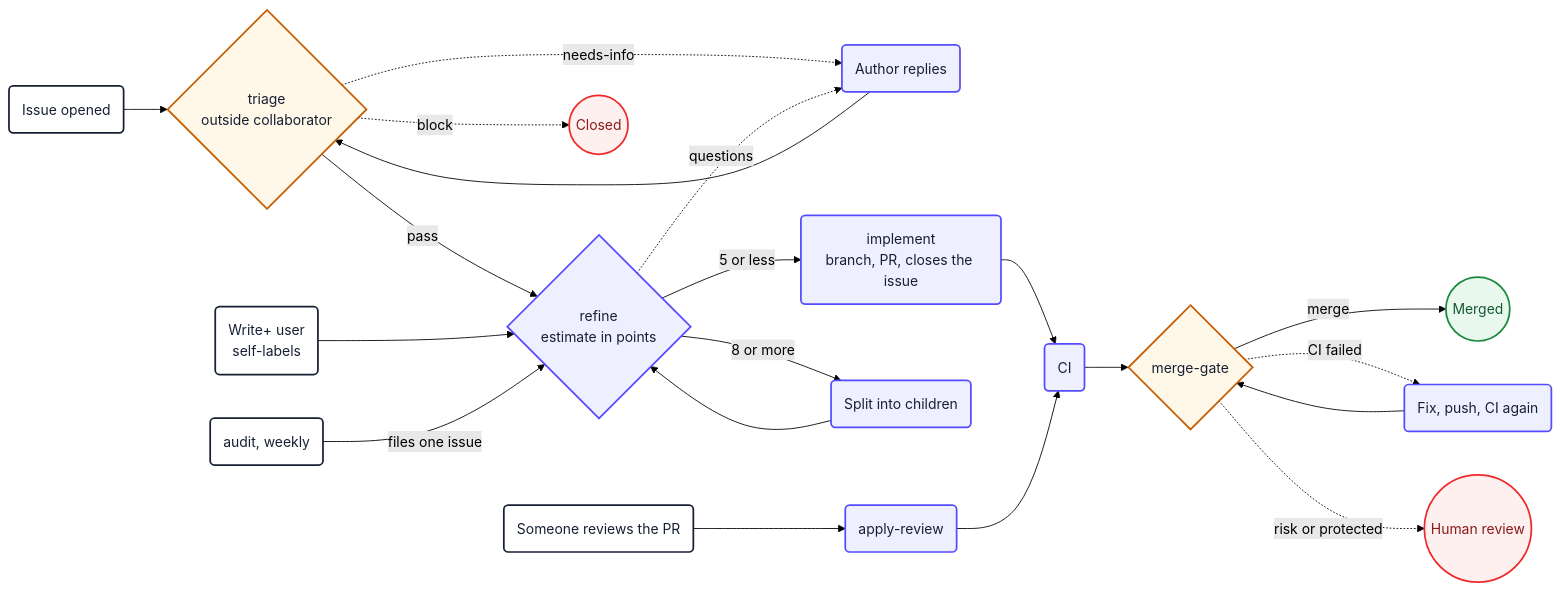
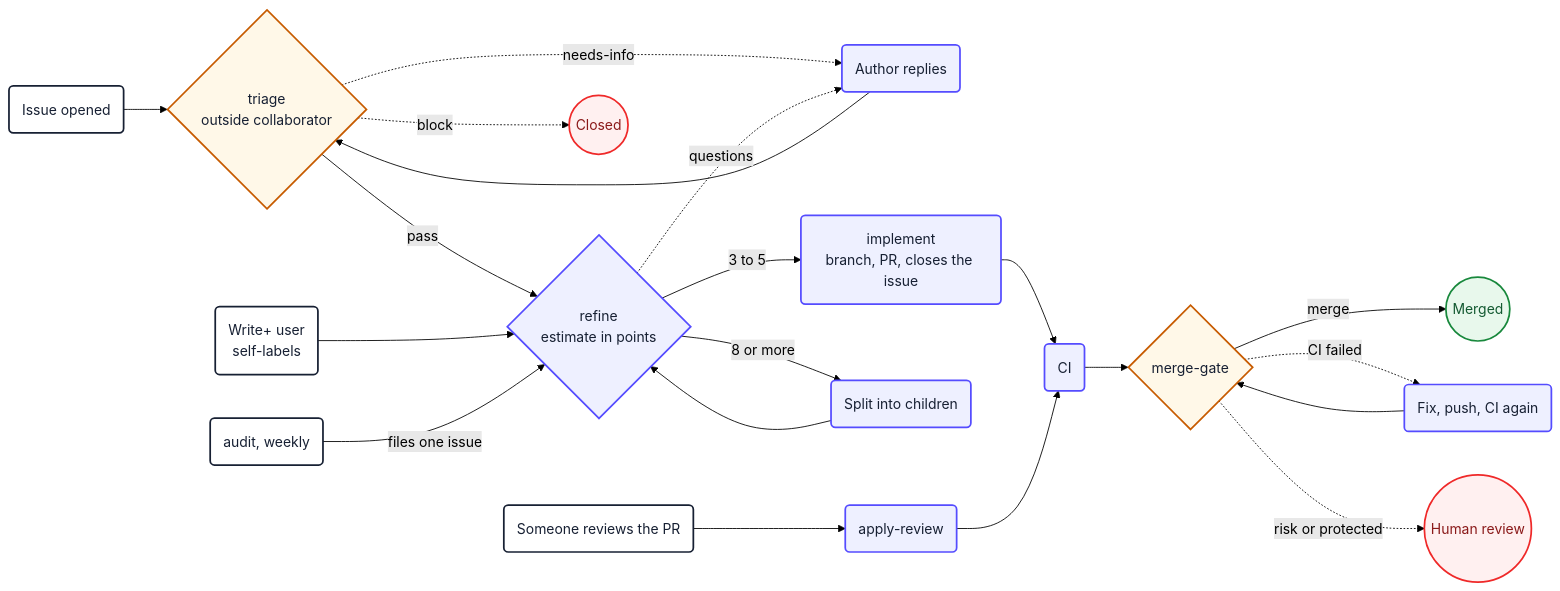
One commit to PlainConceptsPlatform/agentic-workflows changed the second of 14 diagrams in loops/docs/diagrams.md. Above: the diagram before and after it, drawn with Mermaid (forest theme). The commit also changed other lines of this file and 7 other files, not shown here.

First line of the commit message:
refine: raise the split-child floor to 3 points

````diff
--- a/loops/docs/diagrams.md
+++ b/loops/docs/diagrams.md
@@ -79,29 +79,29 @@
 ```mermaid
 flowchart LR
     open("Issue opened") --> triage
     triage{"triage<br/>outside collaborator"} -->|pass| refine
     triage -.->|block| closed(("Closed"))
     triage -.->|needs-info| author("Author replies") --> triage
     write("Write+ user<br/>self-labels") --> refine
-    refine{"refine<br/>estimate in points"} -->|"5 or less"| implement
+    refine{"refine<br/>estimate in points"} -->|"3 to 5"| implement
     refine -->|"8 or more"| split("Split into children") --> refine
     refine -.->|questions| author
     implement("implement<br/>branch, PR, closes the issue") --> ci("CI")
     ci --> gate{"merge-gate"}
     gate -->|merge| merged(("Merged"))
     gate -.->|"CI failed"| fix("Fix, push, CI again") --> gate
     gate -.->|"risk or protected"| human(("Human review"))
     review("Someone reviews the PR") --> applyReview("apply-review") --> ci
     audit("audit, weekly") -->|"files one issue"| refine
 
     classDef action fill:#eef0ff,stroke:#554cff,stroke-width:2px,color:#172033
     classDef decision fill:#fff8e8,stroke:#c75b00,stroke-width:2px,color:#172033
     classDef failure fill:#fff0f0,stroke:#ef2929,stroke-width:2px,color:#8b1a1a
     classDef success fill:#e8f8ec,stroke:#18883c,stroke-width:2px,color:#145a32
     classDef start fill:#ffffff,stroke:#172033,stroke-width:2px,color:#172033
     class open,write,review,audit start
     class refine,split,implement,ci,fix,applyReview,author action
     class triage,gate decision
     class human,closed failure
     class merged success
 ```
````
